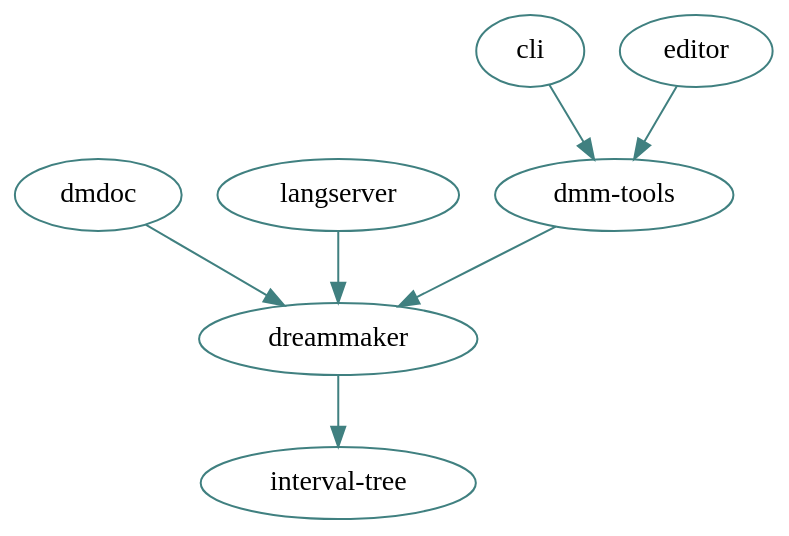
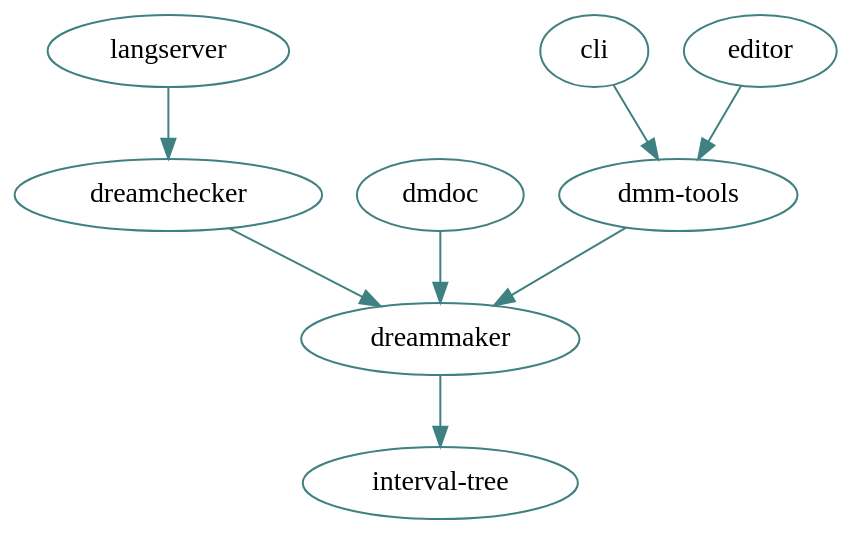
The diagram in src/dependencies.dot (SpaceManiac/SpacemanDMM), drawn with Graphviz before and after one commit. The commit also changed 2 other files, not shown here.

Commit message:
Add dreamchecker to src/README.md

```diff
--- a/src/dependencies.dot
+++ b/src/dependencies.dot
@@ -1,12 +1,13 @@
 strict digraph {
     graph [bgcolor="transparent"]
     node [color="#408080"; style="filled"; fillcolor="white"]
     edge [color="#408080"]
 
+    "langserver" -> "dreamchecker"
+    "dreamchecker" -> "dreammaker"
     "dreammaker" -> "interval-tree"
     "dmdoc" -> "dreammaker"
-    "langserver" -> "dreammaker"
     "dmm-tools" -> "dreammaker"
     "cli" -> "dmm-tools"
     "editor" -> "dmm-tools"
 }
```
